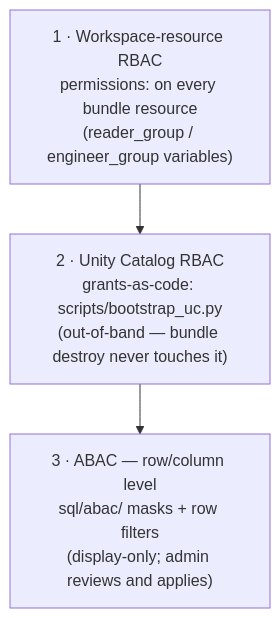
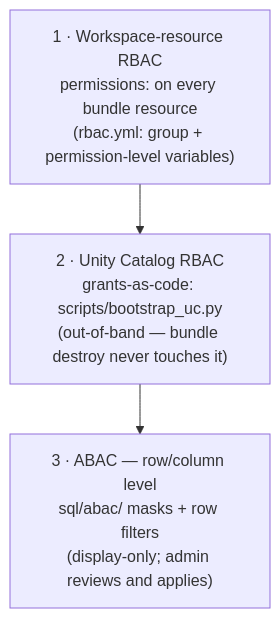
One commit to Vegash09/Demo_Lab changed the sixth of 6 diagrams in docs/ARCHITECTURE.md. Above: the diagram before and after it, drawn with Mermaid. The commit also changed other lines of this file and 9 other files, not shown here.

````diff
--- a/docs/ARCHITECTURE.md
+++ b/docs/ARCHITECTURE.md
@@ -159,7 +159,7 @@
 ```mermaid
 flowchart TD
-    L1["1 · Workspace-resource RBAC<br/>permissions: on every bundle resource<br/>(reader_group / engineer_group variables)"]
+    L1["1 · Workspace-resource RBAC<br/>permissions: on every bundle resource<br/>(rbac.yml: group + permission-level variables)"]
     L2["2 · Unity Catalog RBAC<br/>grants-as-code: scripts/bootstrap_uc.py<br/>(out-of-band — bundle destroy never touches it)"]
     L3["3 · ABAC — row/column level<br/>sql/abac/ masks + row filters<br/>(display-only; admin reviews and applies)"]
     L1 --> L2 --> L3
 ```
````
